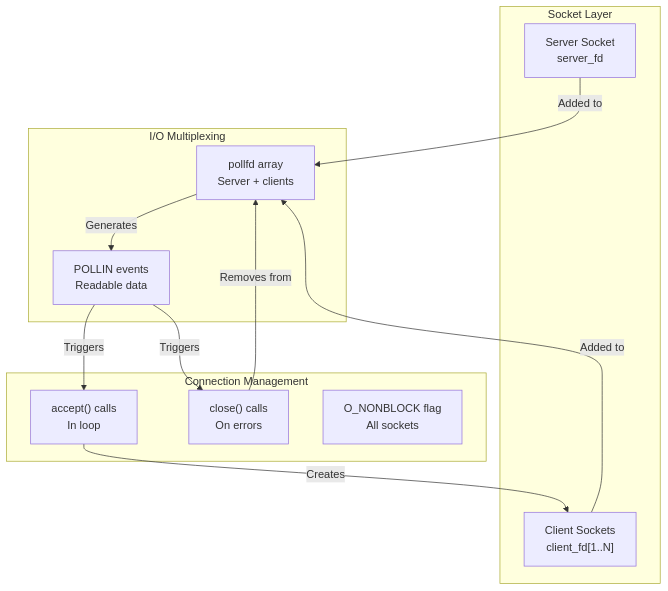
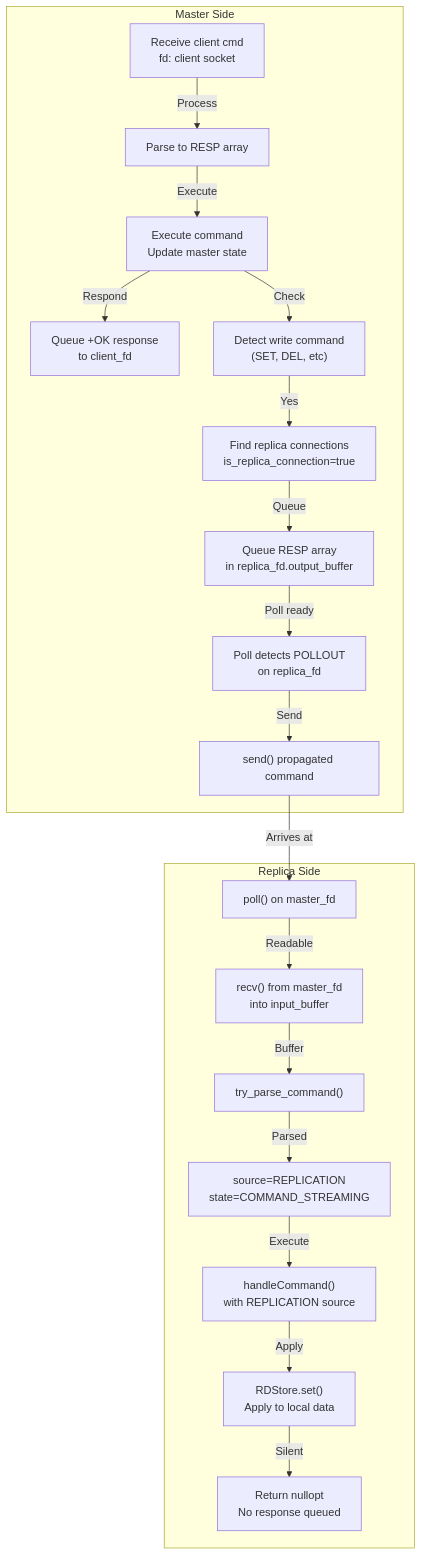
One commit to jsparrow08/redis-cpp changed the seventh of 9 diagrams in src/CURRENT_ARCHITECTURE.md. Above: the diagram before and after it, drawn with Mermaid. The commit also changed other lines of this file and 8 other files, not shown here.

Commit message:
replica db update from master Command straem

````diff
--- a/src/CURRENT_ARCHITECTURE.md
+++ b/src/CURRENT_ARCHITECTURE.md
@@ -205,26 +212,41 @@
 ```mermaid
 graph TB
-    subgraph "Socket Layer"
-        SERVER_SOCKET["Server Socket<br/>server_fd"]
-        CLIENT_SOCKETS["Client Sockets<br/>client_fd[1..N]"]
+    subgraph "Master Side"
+        M_RECV["Receive client cmd<br/>fd: client socket"]
+        M_PARSE["Parse to RESP array"]
+        M_EXEC["Execute command<br/>Update master state"]
+        M_RESP["Queue +OK response<br/>to client_fd"]
+        M_DETECT["Detect write command<br/>(SET, DEL, etc)"]
+        M_PROP["Find replica connections<br/>is_replica_connection=true"]
+        M_QUEUE["Queue RESP array<br/>in replica_fd.output_buffer"]
+        M_FLUSH["Poll detects POLLOUT<br/>on replica_fd"]
+        M_SEND["send() propagated command"]
     end
-
-    subgraph "I/O Multiplexing"
-        POLL_FDS["pollfd array<br/>Server + clients"]
-        POLLIN_EVENTS["POLLIN events<br/>Readable data"]
+    
+    subgraph "Replica Side"
+        R_POLL["poll() on master_fd"]
+        R_RECV["recv() from master_fd<br/>into input_buffer"]
+        R_PARSE["try_parse_command()"]
+        R_SOURCE["source=REPLICATION<br/>state=COMMAND_STREAMING"]
+        R_EXEC["handleCommand()<br/>with REPLICATION source"]
+        R_APPLY["RDStore.set()<br/>Apply to local data"]
+        R_NO_RESP["Return nullopt<br/>No response queued"]
     end
-
-    subgraph "Connection Management"
-        ACCEPT["accept() calls<br/>In loop"]
-        CLOSE["close() calls<br/>On errors"]
-        NONBLOCK["O_NONBLOCK flag<br/>All sockets"]
-    end
-
-    SERVER_SOCKET -->|Added to| POLL_FDS
-    CLIENT_SOCKETS -->|Added to| POLL_FDS
-    POLL_FDS -->|Generates| POLLIN_EVENTS
-    POLLIN_EVENTS -->|Triggers| ACCEPT
-    POLLIN_EVENTS -->|Triggers| CLOSE
-    ACCEPT -->|Creates| CLIENT_SOCKETS
-    CLOSE -->|Removes from| POLL_FDS
+    
+    M_RECV -->|Process| M_PARSE
+    M_PARSE -->|Execute| M_EXEC
+    M_EXEC -->|Respond| M_RESP
+    M_EXEC -->|Check| M_DETECT
+    M_DETECT -->|Yes| M_PROP
+    M_PROP -->|Queue| M_QUEUE
+    M_QUEUE -->|Poll ready| M_FLUSH
+    M_FLUSH -->|Send| M_SEND
+    M_SEND -->|Arrives at| R_POLL
+    
+    R_POLL -->|Readable| R_RECV
+    R_RECV -->|Buffer| R_PARSE
+    R_PARSE -->|Parsed| R_SOURCE
+    R_SOURCE -->|Execute| R_EXEC
+    R_EXEC -->|Apply| R_APPLY
+    R_APPLY -->|Silent| R_NO_RESP
 ```
````
